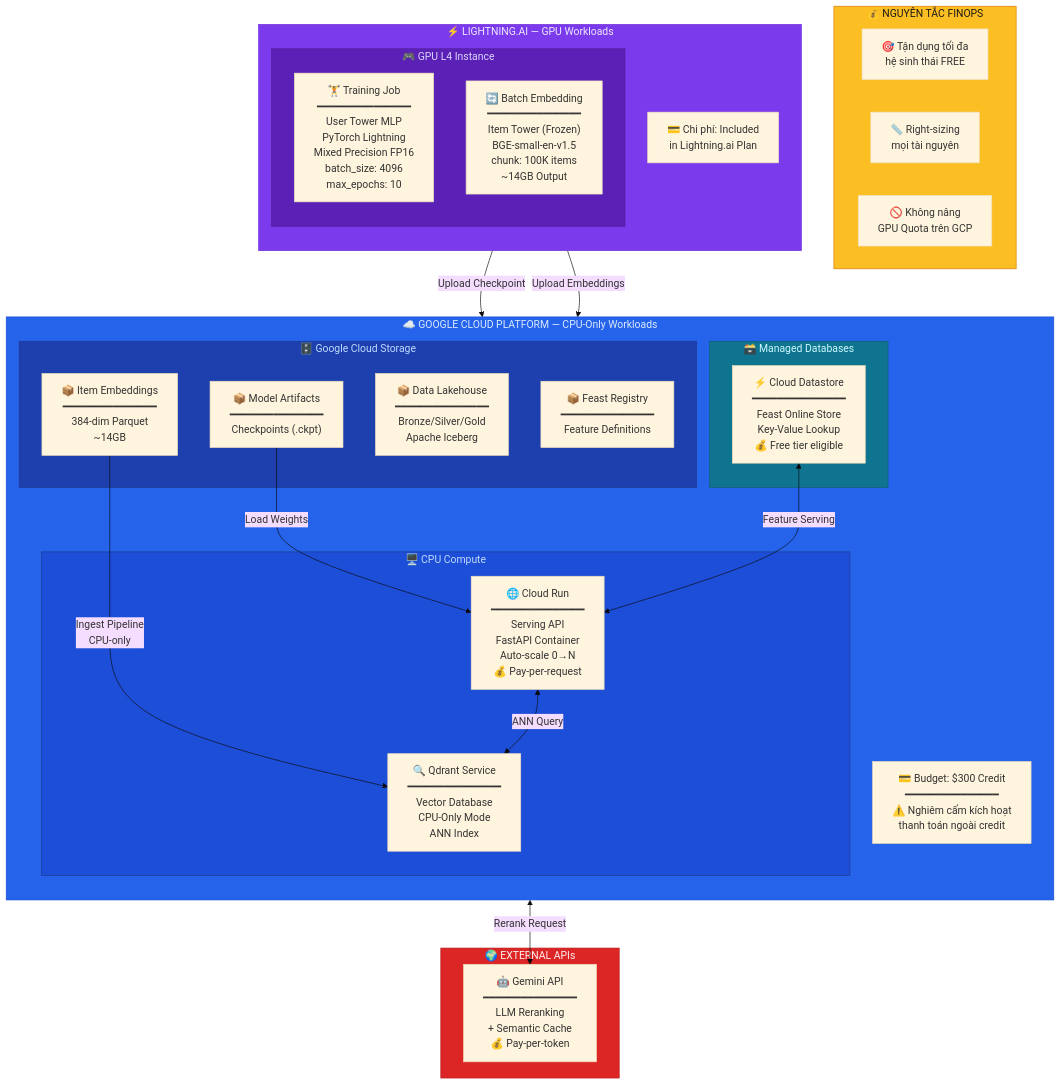
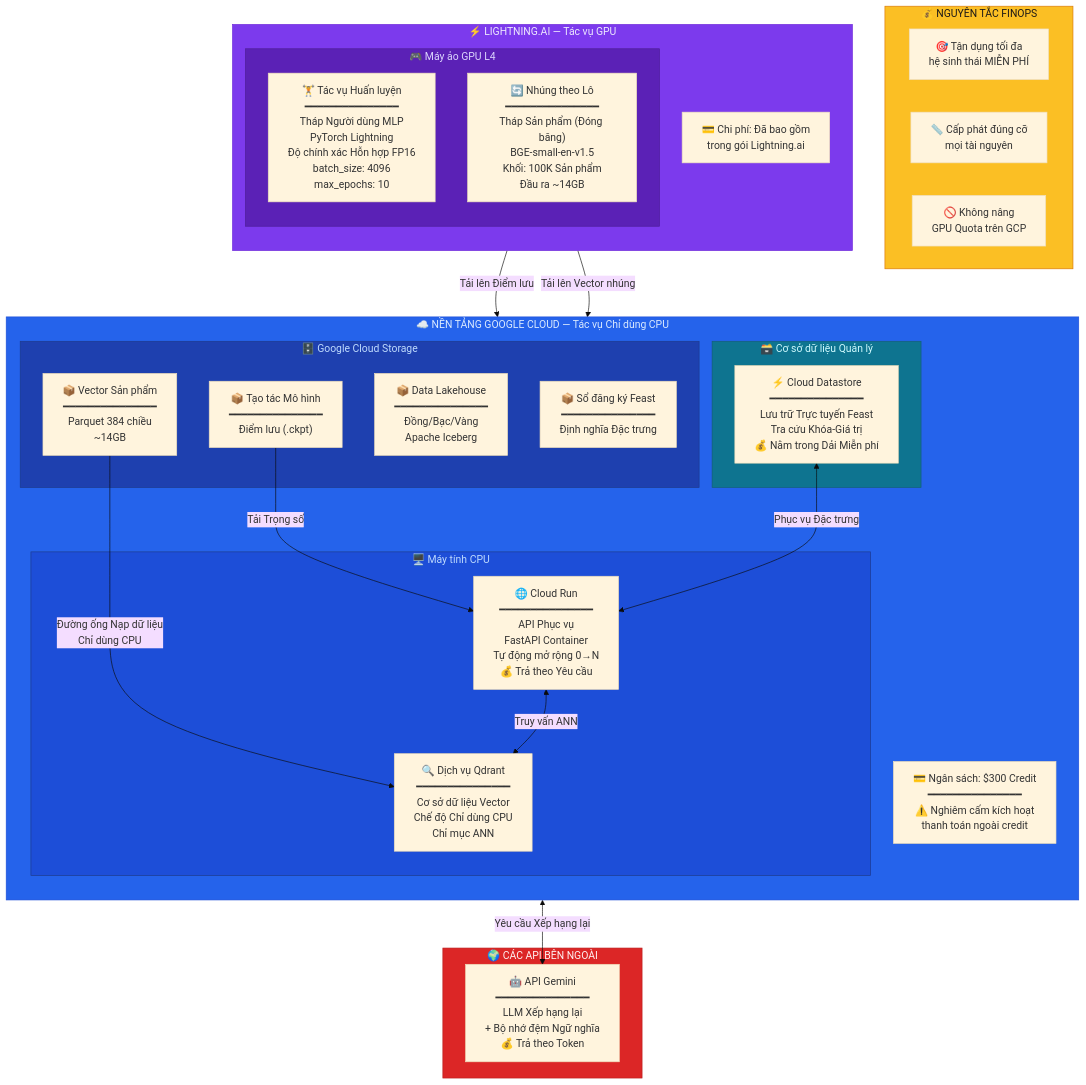
The fifth of 5 diagrams in README.md (DIOquang/mining_massive), drawn with Mermaid (base theme) before and after one commit. The commit also changed other lines of this file, not shown here.

````diff
--- a/README.md
+++ b/README.md
@@ -386,64 +386,64 @@
 ```mermaid
 graph TB
     subgraph FINOPS_PRINCIPLES["💰 NGUYÊN TẮC FINOPS"]
         direction LR
-        P1["🎯 Tận dụng tối đa<br/>hệ sinh thái FREE"]
-        P2["📏 Right-sizing<br/>mọi tài nguyên"]
+        P1["🎯 Tận dụng tối đa<br/>hệ sinh thái MIỄN PHÍ"]
+        P2["📏 Cấp phát đúng cỡ<br/>mọi tài nguyên"]
         P3["🚫 Không nâng<br/>GPU Quota trên GCP"]
     end
 
-    subgraph LIGHTNING_AI["⚡ LIGHTNING.AI — GPU Workloads"]
+    subgraph LIGHTNING_AI["⚡ LIGHTNING.AI — Tác vụ GPU"]
         direction TB
         
-        subgraph GPU_COMPUTE["🎮 GPU L4 Instance"]
-            TRAIN_JOB["🏋️ Training Job<br/>━━━━━━━━━━━━━━━<br/>User Tower MLP<br/>PyTorch Lightning<br/>Mixed Precision FP16<br/>batch_size: 4096<br/>max_epochs: 10"]
-            EMB_JOB["🔄 Batch Embedding<br/>━━━━━━━━━━━━━━━<br/>Item Tower (Frozen)<br/>BGE-small-en-v1.5<br/>chunk: 100K items<br/>~14GB Output"]
+        subgraph GPU_COMPUTE["🎮 Máy ảo GPU L4"]
+            TRAIN_JOB["🏋️ Tác vụ Huấn luyện<br/>━━━━━━━━━━━━━━━<br/>Tháp Người dùng MLP<br/>PyTorch Lightning<br/>Độ chính xác Hỗn hợp FP16<br/>batch_size: 4096<br/>max_epochs: 10"]
+            EMB_JOB["🔄 Nhúng theo Lô<br/>━━━━━━━━━━━━━━━<br/>Tháp Sản phẩm (Đóng băng)<br/>BGE-small-en-v1.5<br/>Khối: 100K Sản phẩm<br/>Đầu ra ~14GB"]
         end
 
-        LA_COST["💳 Chi phí: Included<br/>in Lightning.ai Plan"]
+        LA_COST["💳 Chi phí: Đã bao gồm<br/>trong gói Lightning.ai"]
     end
 
-    subgraph GCP_CLOUD["☁️ GOOGLE CLOUD PLATFORM — CPU-Only Workloads"]
+    subgraph GCP_CLOUD["☁️ NỀN TẢNG GOOGLE CLOUD — Tác vụ Chỉ dùng CPU"]
         direction TB
         
         subgraph GCS_STORAGE["🗄️ Google Cloud Storage"]
-            GCS1["📦 Data Lakehouse<br/>━━━━━━━━━━━━━━━<br/>Bronze/Silver/Gold<br/>Apache Iceberg"]
-            GCS2["📦 Item Embeddings<br/>━━━━━━━━━━━━━━━<br/>384-dim Parquet<br/>~14GB"]
-            GCS3["📦 Feast Registry<br/>━━━━━━━━━━━━━━━<br/>Feature Definitions"]
-            GCS4["📦 Model Artifacts<br/>━━━━━━━━━━━━━━━<br/>Checkpoints (.ckpt)"]
+            GCS1["📦 Data Lakehouse<br/>━━━━━━━━━━━━━━━<br/>Đồng/Bạc/Vàng<br/>Apache Iceberg"]
+            GCS2["📦 Vector Sản phẩm<br/>━━━━━━━━━━━━━━━<br/>Parquet 384 chiều<br/>~14GB"]
+            GCS3["📦 Sổ đăng ký Feast<br/>━━━━━━━━━━━━━━━<br/>Định nghĩa Đặc trưng"]
+            GCS4["📦 Tạo tác Mô hình<br/>━━━━━━━━━━━━━━━<br/>Điểm lưu (.ckpt)"]
         end
 
-        subgraph GCP_COMPUTE["🖥️ CPU Compute"]
-            CLOUD_RUN["🌐 Cloud Run<br/>━━━━━━━━━━━━━━━<br/>Serving API<br/>FastAPI Container<br/>Auto-scale 0→N<br/>💰 Pay-per-request"]
-            QDRANT_SVC["🔍 Qdrant Service<br/>━━━━━━━━━━━━━━━<br/>Vector Database<br/>CPU-Only Mode<br/>ANN Index"]
+        subgraph GCP_COMPUTE["🖥️ Máy tính CPU"]
+            CLOUD_RUN["🌐 Cloud Run<br/>━━━━━━━━━━━━━━━<br/>API Phục vụ<br/>FastAPI Container<br/>Tự động mở rộng 0→N<br/>💰 Trả theo Yêu cầu"]
+            QDRANT_SVC["🔍 Dịch vụ Qdrant<br/>━━━━━━━━━━━━━━━<br/>Cơ sở dữ liệu Vector<br/>Chế độ Chỉ dùng CPU<br/>Chỉ mục ANN"]
         end
 
-        subgraph GCP_DB["🗃️ Managed Databases"]
-            DATASTORE["⚡ Cloud Datastore<br/>━━━━━━━━━━━━━━━<br/>Feast Online Store<br/>Key-Value Lookup<br/>💰 Free tier eligible"]
+        subgraph GCP_DB["🗃️ Cơ sở dữ liệu Quản lý"]
+            DATASTORE["⚡ Cloud Datastore<br/>━━━━━━━━━━━━━━━<br/>Lưu trữ Trực tuyến Feast<br/>Tra cứu Khóa-Giá trị<br/>💰 Nằm trong Dải Miễn phí"]
         end
 
-        GCP_COST["💳 Budget: $300 Credit<br/>━━━━━━━━━━━━━━━<br/>⚠️ Nghiêm cấm kích hoạt<br/>thanh toán ngoài credit"]
+        GCP_COST["💳 Ngân sách: $300 Credit<br/>━━━━━━━━━━━━━━━<br/>⚠️ Nghiêm cấm kích hoạt<br/>thanh toán ngoài credit"]
     end
 
-    subgraph EXTERNAL_API["🌍 EXTERNAL APIs"]
-        GEMINI["🤖 Gemini API<br/>━━━━━━━━━━━━━━━<br/>LLM Reranking<br/>+ Semantic Cache<br/>💰 Pay-per-token"]
+    subgraph EXTERNAL_API["🌍 CÁC API BÊN NGOÀI"]
+        GEMINI["🤖 API Gemini<br/>━━━━━━━━━━━━━━━<br/>LLM Xếp hạng lại<br/>+ Bộ nhớ đệm Ngữ nghĩa<br/>💰 Trả theo Token"]
     end
 
     %% Connections
-    TRAIN_JOB -->|"Upload Checkpoint"| GCS4
-    EMB_JOB -->|"Upload Embeddings"| GCS2
-    GCS2 -->|"Ingest Pipeline<br/>CPU-only"| QDRANT_SVC
-    GCS4 -->|"Load Weights"| CLOUD_RUN
-    DATASTORE <-->|"Feature Serving"| CLOUD_RUN
-    CLOUD_RUN <-->|"ANN Query"| QDRANT_SVC
-    CLOUD_RUN <-->|"Rerank Request"| GEMINI
+    TRAIN_JOB -->|"Tải lên Điểm lưu"| GCS4
+    EMB_JOB -->|"Tải lên Vector nhúng"| GCS2
+    GCS2 -->|"Đường ống Nạp dữ liệu<br/>Chỉ dùng CPU"| QDRANT_SVC
+    GCS4 -->|"Tải Trọng số"| CLOUD_RUN
+    DATASTORE <-->|"Phục vụ Đặc trưng"| CLOUD_RUN
+    CLOUD_RUN <-->|"Truy vấn ANN"| QDRANT_SVC
+    CLOUD_RUN <-->|"Yêu cầu Xếp hạng lại"| GEMINI
 
     style FINOPS_PRINCIPLES fill:#fbbf24,stroke:#d97706,color:#1c1917
     style LIGHTNING_AI fill:#7c3aed,stroke:#6d28d9,color:#ede9fe
     style GCP_CLOUD fill:#2563eb,stroke:#1d4ed8,color:#dbeafe
     style GPU_COMPUTE fill:#5b21b6,stroke:#4c1d95,color:#ddd6fe
     style GCS_STORAGE fill:#1e40af,stroke:#1e3a8a,color:#bfdbfe
     style GCP_COMPUTE fill:#1d4ed8,stroke:#1e3a8a,color:#bfdbfe
     style GCP_DB fill:#0e7490,stroke:#155e75,color:#cffafe
     style EXTERNAL_API fill:#dc2626,stroke:#b91c1c,color:#fef2f2
 ```
````
